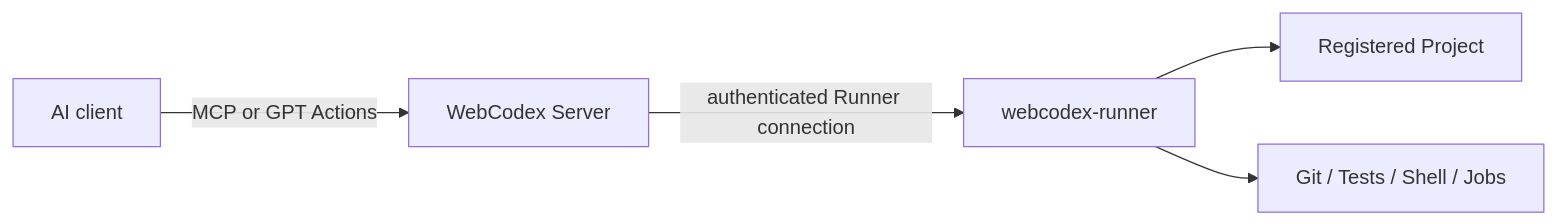
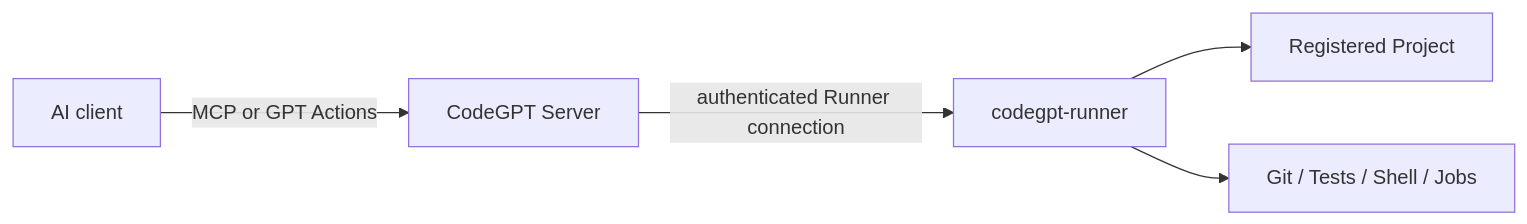
The first of 2 diagrams in docs/ARCHITECTURE.md (jackyang1989/CodeGPT), drawn with Mermaid before and after one commit. The commit also changed other lines of this file and 1261 other files, not shown here.

Commit message:
feat: rebrand project to CodeGPT and eliminate all webcodex paths

````diff
--- a/docs/ARCHITECTURE.md
+++ b/docs/ARCHITECTURE.md
@@ -14,7 +14,7 @@
 ```mermaid
 flowchart LR
-  C[AI client] -->|MCP or GPT Actions| S[WebCodex Server]
-  S -->|authenticated Runner connection| R[webcodex-runner]
+  C[AI client] -->|MCP or GPT Actions| S[CodeGPT Server]
+  S -->|authenticated Runner connection| R[codegpt-runner]
   R --> P[Registered Project]
   R --> G[Git / Tests / Shell / Jobs]
 ```
````
